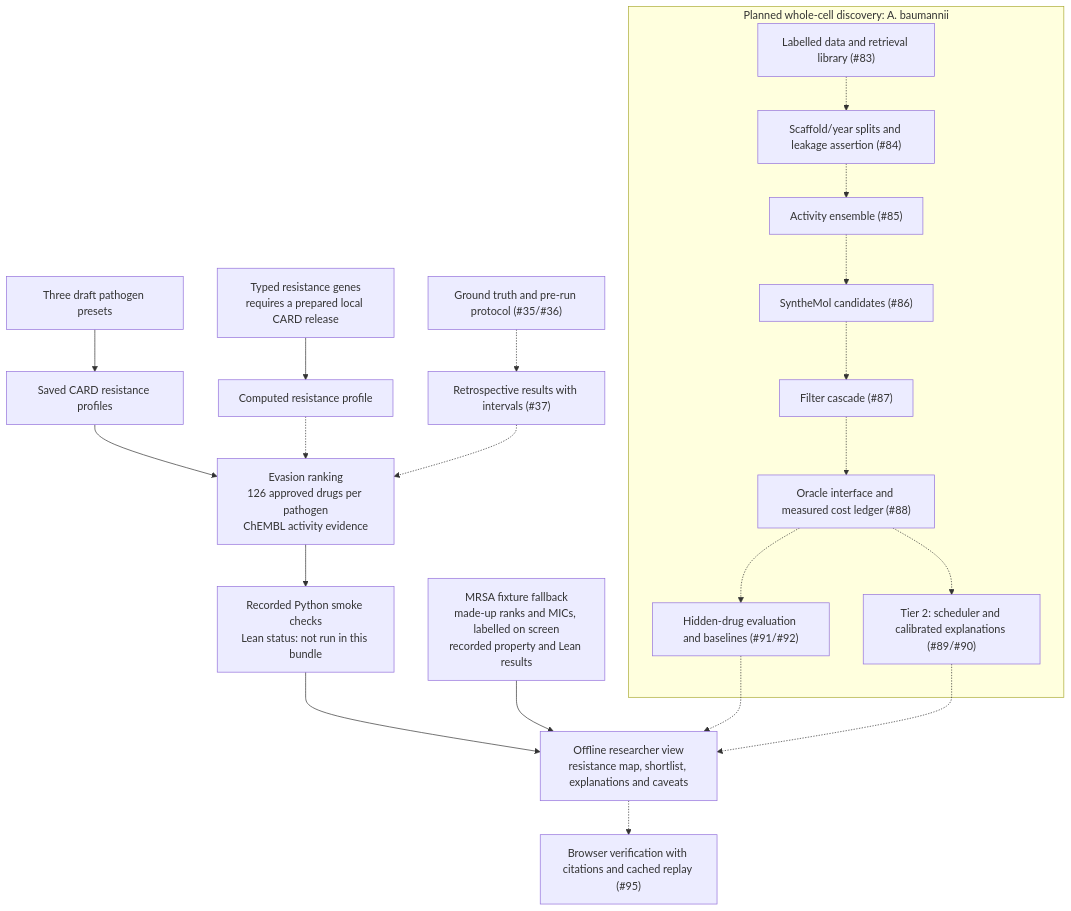
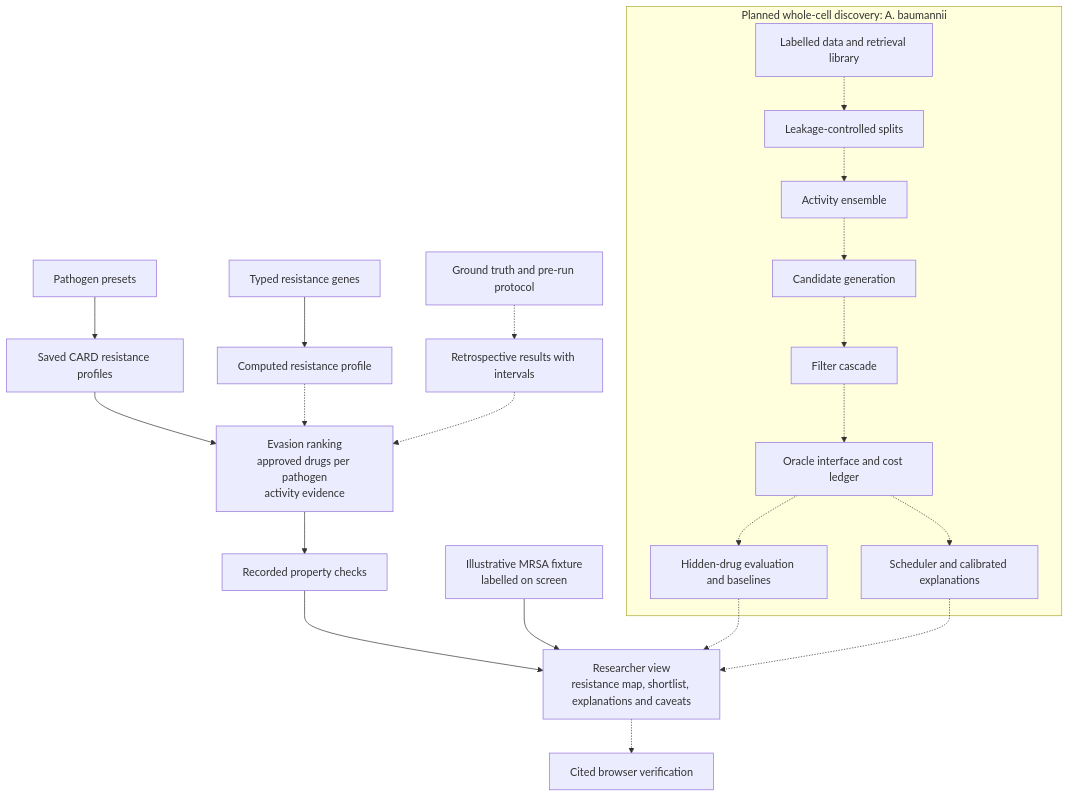
Before and after one commit to saumyajain2007/HTB26-Main: the diagram in README.md, drawn with Mermaid. The commit also changed other lines of this file and 2 other files, not shown here.

````diff
--- a/README.md
+++ b/README.md
@@ -75,25 +39,25 @@
 ```mermaid
 flowchart TD
-    P["Three draft pathogen presets"] --> C["Saved CARD resistance profiles"]
-    C --> R["Evasion ranking<br/>126 approved drugs per pathogen<br/>ChEMBL activity evidence"]
-    R --> S["Recorded Python smoke checks<br/>Lean status: not run in this bundle"]
-    S --> U["Offline researcher view<br/>resistance map, shortlist, explanations and caveats"]
-    G["Typed resistance genes<br/>requires a prepared local CARD release"] --> CP["Computed resistance profile"]
+    P["Pathogen presets"] --> C["Saved CARD resistance profiles"]
+    C --> R["Evasion ranking<br/>approved drugs per pathogen<br/>activity evidence"]
+    R --> S["Recorded property checks"]
+    S --> U["Researcher view<br/>resistance map, shortlist, explanations and caveats"]
+    G["Typed resistance genes"] --> CP["Computed resistance profile"]
     CP -.-> R
-    F["MRSA fixture fallback<br/>made-up ranks and MICs, labelled on screen<br/>recorded property and Lean results"] --> U
+    F["Illustrative MRSA fixture<br/>labelled on screen"] --> U
 
     subgraph W [Planned whole-cell discovery: A. baumannii]
-        D["Labelled data and retrieval library (#83)"] -.-> L["Scaffold/year splits and leakage assertion (#84)"]
-        L -.-> M["Activity ensemble (#85)"]
-        M -.-> N["SyntheMol candidates (#86)"]
-        N -.-> Q["Filter cascade (#87)"]
-        Q -.-> O["Oracle interface and measured cost ledger (#88)"]
-        O -.-> V["Hidden-drug evaluation and baselines (#91/#92)"]
-        O -.-> A["Tier 2: scheduler and calibrated explanations (#89/#90)"]
+        D["Labelled data and retrieval library"] -.-> L["Leakage-controlled splits"]
+        L -.-> M["Activity ensemble"]
+        M -.-> N["Candidate generation"]
+        N -.-> Q["Filter cascade"]
+        Q -.-> O["Oracle interface and cost ledger"]
+        O -.-> V["Hidden-drug evaluation and baselines"]
+        O -.-> A["Scheduler and calibrated explanations"]
     end
     V -.-> U
     A -.-> U
-    U -.-> B["Browser verification with citations and cached replay (#95)"]
-    T["Ground truth and pre-run protocol (#35/#36)"] -.-> E["Retrospective results with intervals (#37)"]
+    U -.-> B["Cited browser verification"]
+    T["Ground truth and pre-run protocol"] -.-> E["Retrospective results with intervals"]
     E -.-> R
 ```
````
